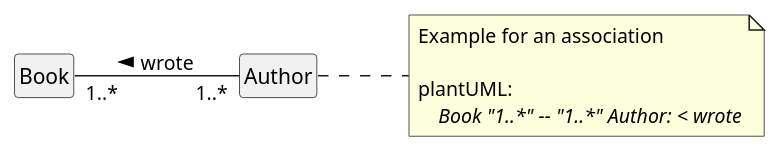
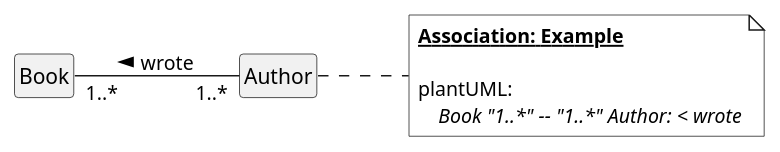
One commit to chraxo/UmlMarkdownCheatSheet changed the eighth of 32 diagrams in uml_markdown_summary.md. Above: the diagram before and after it, drawn with PlantUML. The commit also changed other lines of this file, not shown here.

```diff
--- a/uml_markdown_summary.md
+++ b/uml_markdown_summary.md
@@ -409,17 +336,22 @@
 @startuml
-    skinparam classFontName Consolas
-    skinparam classAttributeFontName Consolas
     skinparam noteFontName Consolas
+    skinparam legendFontName Consolas
+    skinparam noteBackgroundColor white
+    skinparam legendBackgroundColor white
+    skinparam legendBorderColor white
+    'skinparam DiagramBorderColor black
+    'skinparam DiagramBorderThickness 2
+    skinparam style strictuml
+    'skinparam monochrome true
 
     hide empty members
     left to right direction
-    skinparam style strictuml
 
     Book "1..*" -- "1..*" Author: < wrote
     note right
-        Example for an association
+        **__Association: Example__**
         
         plantUML:
             //Book "1..*" -- "1..*" Author: < wrote//
     end note
 @enduml
```
